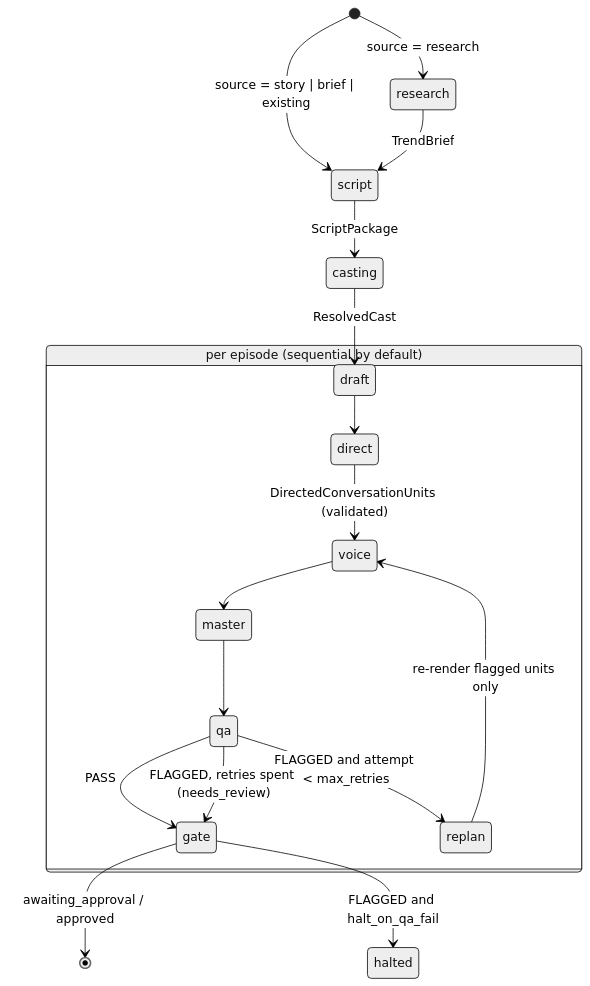
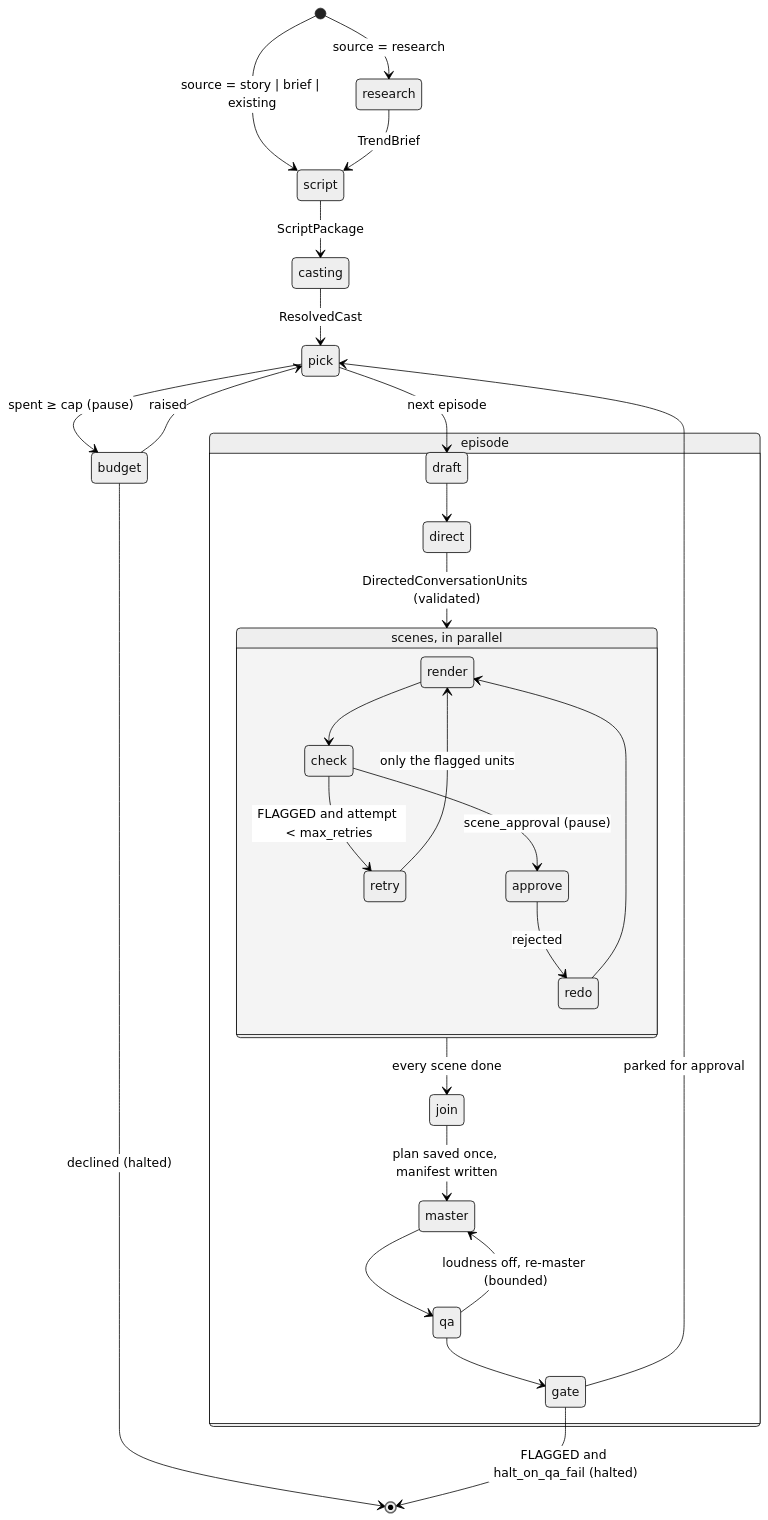
One commit to dhp-exe/ai-audio changed the second of 3 diagrams in docs/ARCHITECTURE.md. Above: the diagram before and after it, drawn with Mermaid (neutral theme). The commit also changed other lines of this file and 96 other files, not shown here.

First line of the commit message:
feat: workflow graph, durable runs, agent runtime and Producer chat

````diff
--- a/docs/ARCHITECTURE.md
+++ b/docs/ARCHITECTURE.md
@@ -192,20 +231,31 @@
 ```mermaid
 stateDiagram-v2
   [*] --> research: source = research
   [*] --> script: source = story | brief | existing
   research --> script: TrendBrief
   script --> casting: ScriptPackage
-  casting --> draft: ResolvedCast
-  state "per episode (sequential by default)" as EP {
+  casting --> pick: ResolvedCast
+  pick --> budget: spent ≥ cap (pause)
+  budget --> pick: raised
+  budget --> [*]: declined (halted)
+  pick --> draft: next episode
+  state "episode" as EP {
     draft --> direct
-    direct --> voice: DirectedConversationUnits (validated)
-    voice --> master
+    direct --> scenes: DirectedConversationUnits (validated)
+    state "scenes, in parallel" as scenes {
+      render --> check
+      check --> retry: FLAGGED and attempt < max_retries
+      retry --> render: only the flagged units
+      check --> approve: scene_approval (pause)
+      approve --> redo: rejected
+      redo --> render
+    }
+    scenes --> join: every scene done
+    join --> master: plan saved once, manifest written
     master --> qa
-    qa --> gate: PASS
-    qa --> replan: FLAGGED and attempt < max_retries
-    replan --> voice: re-render flagged units only
-    qa --> gate: FLAGGED, retries spent (needs_review)
+    qa --> master: loudness off, re-master (bounded)
+    qa --> gate
   }
-  gate --> [*]: awaiting_approval / approved
-  gate --> halted: FLAGGED and halt_on_qa_fail
+  gate --> pick: parked for approval
+  gate --> [*]: FLAGGED and halt_on_qa_fail (halted)
 ```
````
